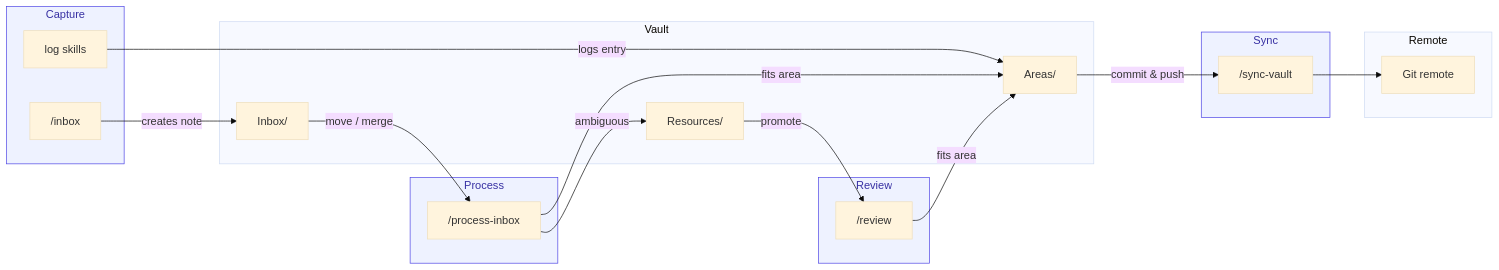
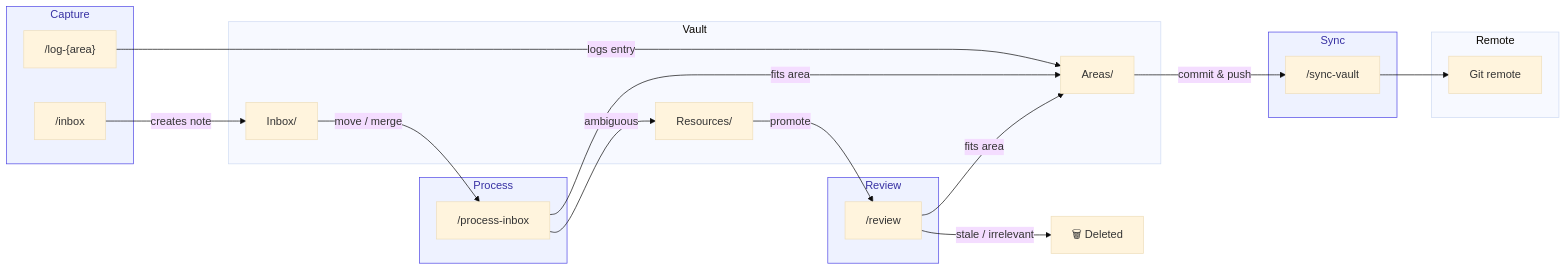
Before and after one commit to le4ker/blog: the second of 2 diagrams in _posts/2026-05-30-mneme.md, drawn with Mermaid (base theme).

````diff
--- a/_posts/2026-05-30-mneme.md
+++ b/_posts/2026-05-30-mneme.md
@@ -88,44 +88,45 @@
 ```mermaid!
 flowchart LR
     subgraph capture ["Capture"]
         inbox["/inbox"]
-        logarea["log skills"]
+        logarea["/log-{area}"]
     end
 
     subgraph process ["Process"]
         processinbox["/process-inbox"]
     end
 
     subgraph reviewsg ["Review"]
         reviewcmd["/review"]
     end
 
     subgraph sync ["Sync"]
         syncvault["/sync-vault"]
     end
 
     subgraph vault ["Vault"]
         Inbox["Inbox/"]
         Areas["Areas/"]
         Resources["Resources/"]
     end
 
     subgraph remote ["Remote"]
         Git["Git remote"]
     end
 
     style capture fill:#eef2ff,stroke:#4f46e5,color:#3730a3
     style process fill:#eef2ff,stroke:#4f46e5,color:#3730a3
     style reviewsg fill:#eef2ff,stroke:#4f46e5,color:#3730a3
     style sync fill:#eef2ff,stroke:#4f46e5,color:#3730a3
 
     inbox -->|"creates note"| Inbox
     logarea -->|"logs entry"| Areas
     Inbox -->|"move / merge"| processinbox
     processinbox -->|"fits area"| Areas
     processinbox -->|"ambiguous"| Resources
     Resources -->|"promote"| reviewcmd
     reviewcmd -->|"fits area"| Areas
+    reviewcmd -->|"stale / irrelevant"| Deleted["🗑 Deleted"]
     Areas -->|"commit & push"| syncvault
     syncvault --> Git
 ```
````
